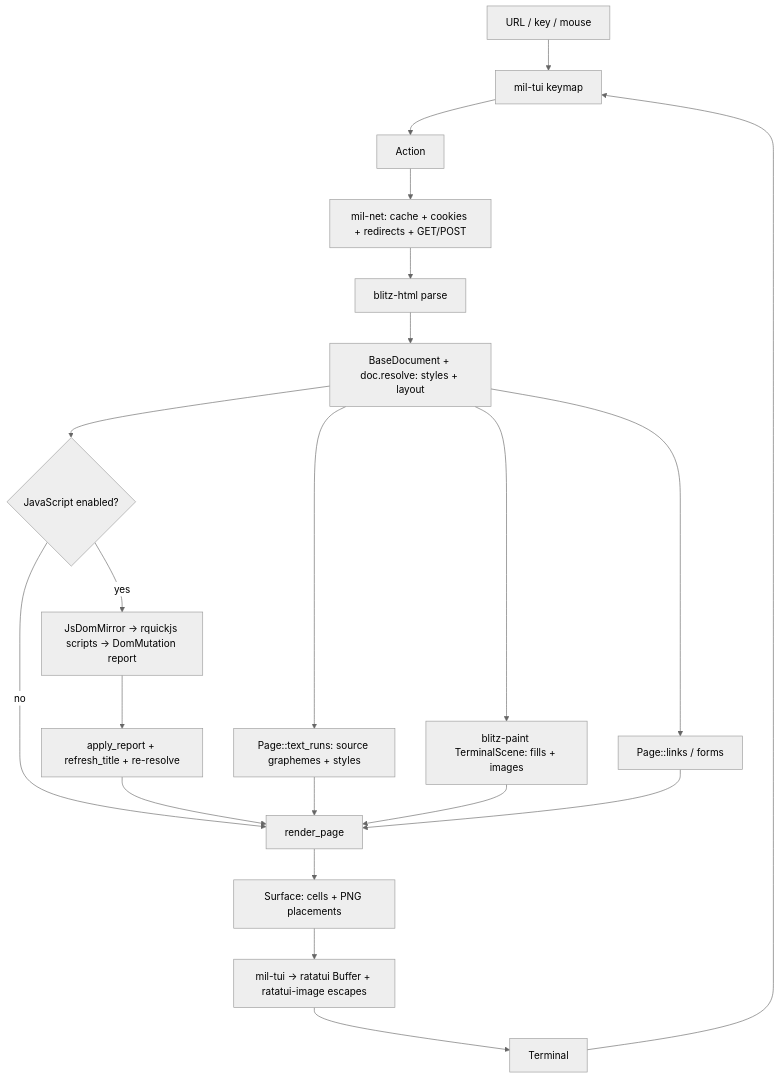
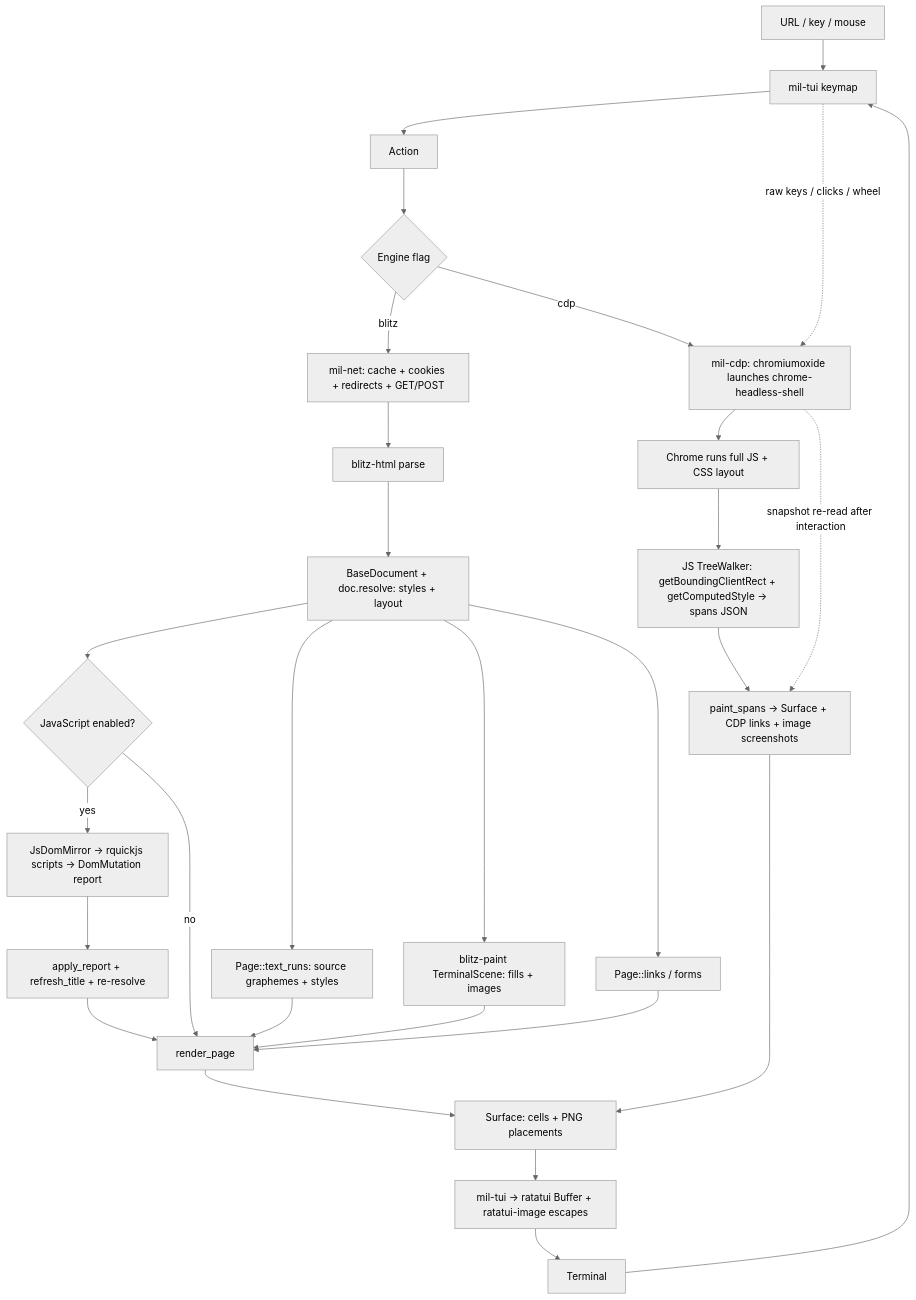
The diagram in docs/ARCHITECTURE.md (SaibaWaipu/mil), drawn with Mermaid (neutral theme) before and after one commit. The commit also changed other lines of this file and 20 other files, not shown here.

First line of the commit message:
feat: add optional full-JavaScript CDP backend

````diff
--- a/docs/ARCHITECTURE.md
+++ b/docs/ARCHITECTURE.md
@@ -184,23 +291,31 @@
 ```mermaid
 flowchart TD
     U[URL / key / mouse] --> K[mil-tui keymap]
     K --> A[Action]
-    A --> N[mil-net: cache + cookies + redirects + GET/POST]
+    A --> E{Engine flag}
+    E -- blitz --> N[mil-net: cache + cookies + redirects + GET/POST]
     N --> H[blitz-html parse]
     H --> D[BaseDocument + doc.resolve: styles + layout]
     D --> J{JavaScript enabled?}
     J -- yes --> M[JsDomMirror -> rquickjs scripts -> DomMutation report]
     M --> P[apply_report + refresh_title + re-resolve]
     J -- no --> R
     P --> R[render_page]
     D --> T[Page::text_runs: source graphemes + styles]
     D --> F[blitz-paint TerminalScene: fills + images]
     D --> L[Page::links / forms]
     T --> R
     F --> R
     L --> R
+    E -- cdp --> C[mil-cdp: chromiumoxide launches chrome-headless-shell]
+    C --> X[Chrome runs full JS + CSS layout]
+    X --> Y[JS TreeWalker: getBoundingClientRect + getComputedStyle -> spans JSON]
+    Y --> Z[paint_spans -> Surface + CDP links + image screenshots]
+    Z --> S
     R --> S[Surface: cells + PNG placements]
     S --> W[mil-tui -> ratatui Buffer + ratatui-image escapes]
     W --> O[Terminal]
     O --> K
+    K -. raw keys / clicks / wheel .-> C
+    C -. snapshot re-read after interaction .-> Z
 ```
````
